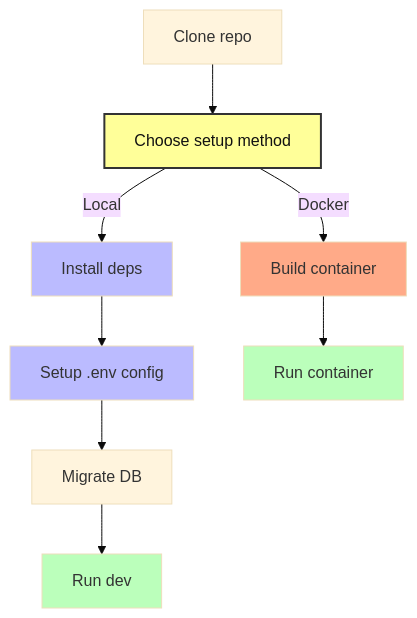
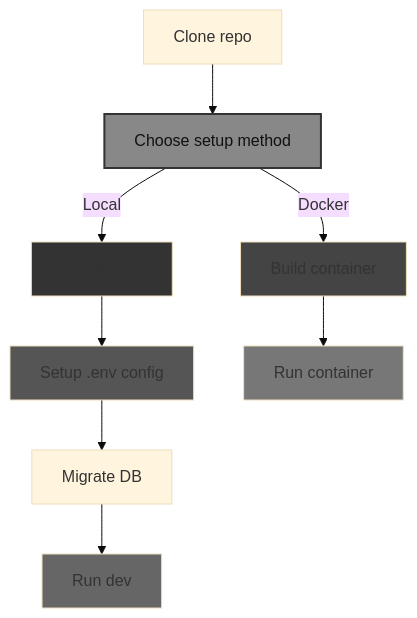
The second of 2 diagrams in README-best-practice-guidlines/Guidelines - README file format.md (Mindrocket42/CluelessCodersToolBox), drawn with Mermaid (base theme) before and after one commit. The commit also changed other lines of this file, not shown here.

First line of the commit message:
fixed issue with mermaid contrast

````diff
--- a/README-best-practice-guidlines/Guidelines - README file format.md
+++ b/README-best-practice-guidlines/Guidelines - README file format.md
@@ -364,16 +376,16 @@
 ```mermaid
 flowchart TD
     A[Clone repo] --> B[Choose setup method]
     B -->|Local| C[Install deps]
     C --> D[Setup .env config]
     D --> E[Migrate DB]
     E --> F[Run dev]
     B -->|Docker| G[Build container]
     G --> H[Run container]
-    style C fill:#bbf
-    style G fill:#fa8
-    style D fill:#bbf
-    style F fill:#bfb
-    style H fill:#bfb
-    style B fill:#ff9,stroke:#333,stroke-width:2px,color:#111
+    style C fill:#333
+    style G fill:#444
+    style D fill:#555
+    style F fill:#666
+    style H fill:#777
+    style B fill:#888,stroke:#333,stroke-width:2px,color:#111
 ```
````
